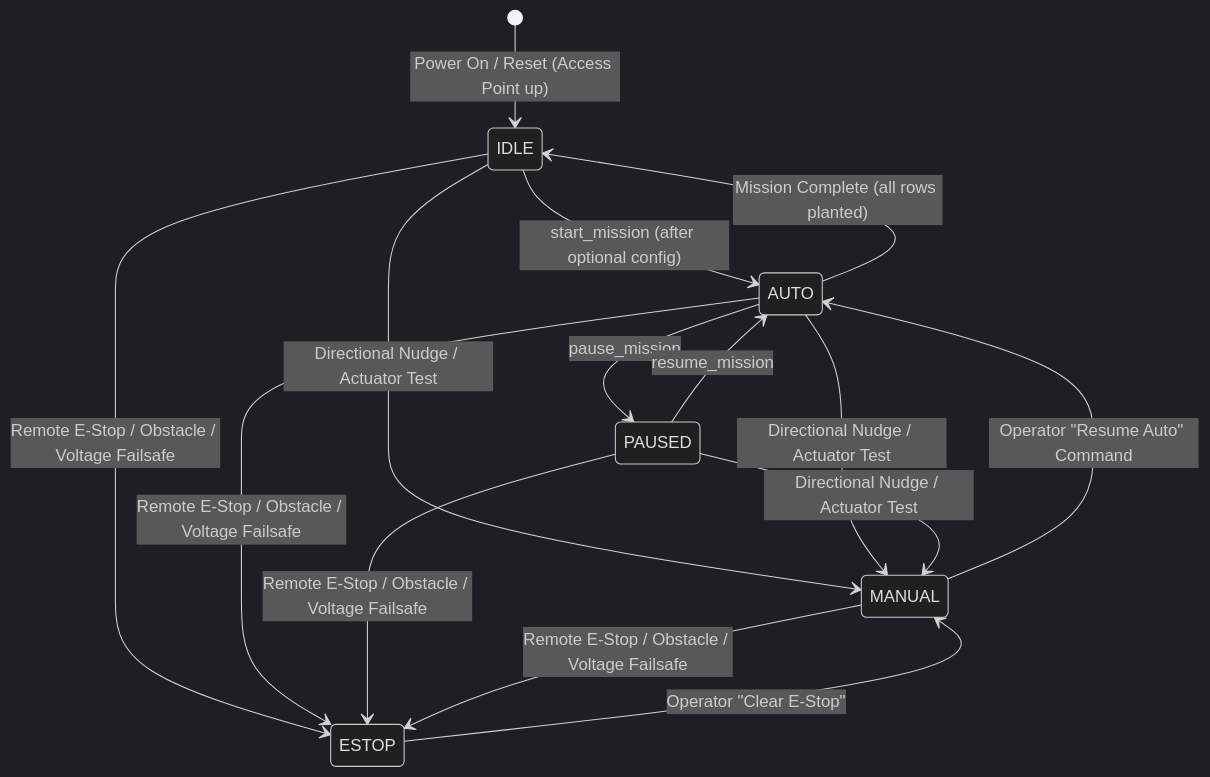
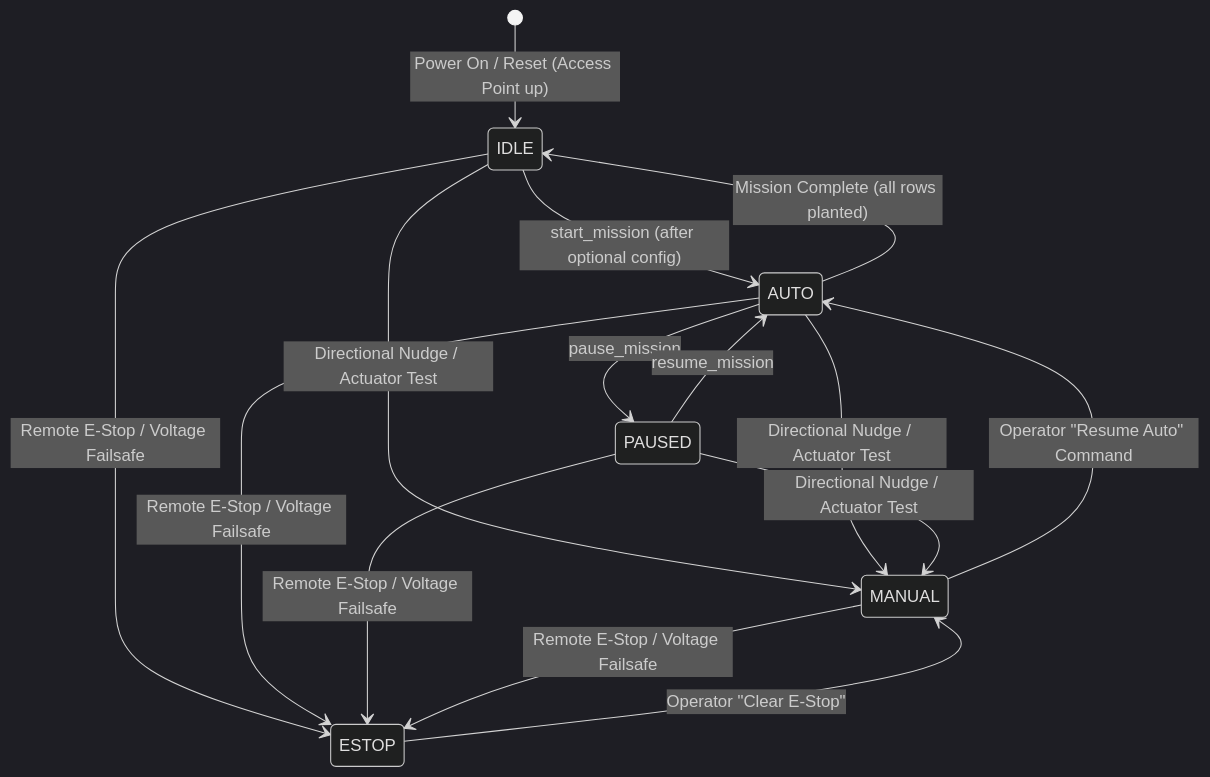
One commit to Elikplim-N/rover-mission-manager changed the second of 4 diagrams in docs/ARCHITECTURE_KNOWLEDGE_BASE.md. Above: the diagram before and after it, drawn with Mermaid (dark theme). The commit also changed other lines of this file and 3 other files, not shown here.

````diff
--- a/docs/ARCHITECTURE_KNOWLEDGE_BASE.md
+++ b/docs/ARCHITECTURE_KNOWLEDGE_BASE.md
@@ -136,19 +141,19 @@
 ```mermaid
 stateDiagram-v2
     [*] --> IDLE : Power On / Reset (Access Point up)
     IDLE --> AUTO : start_mission (after optional config)
     AUTO --> PAUSED : pause_mission
     PAUSED --> AUTO : resume_mission
     AUTO --> IDLE : Mission Complete (all rows planted)
 
     IDLE --> MANUAL : Directional Nudge / Actuator Test
     AUTO --> MANUAL : Directional Nudge / Actuator Test
     PAUSED --> MANUAL : Directional Nudge / Actuator Test
     MANUAL --> AUTO : Operator "Resume Auto" Command
 
-    IDLE --> ESTOP : Remote E-Stop / Obstacle / Voltage Failsafe
-    AUTO --> ESTOP : Remote E-Stop / Obstacle / Voltage Failsafe
-    PAUSED --> ESTOP : Remote E-Stop / Obstacle / Voltage Failsafe
-    MANUAL --> ESTOP : Remote E-Stop / Obstacle / Voltage Failsafe
+    IDLE --> ESTOP : Remote E-Stop / Voltage Failsafe
+    AUTO --> ESTOP : Remote E-Stop / Voltage Failsafe
+    PAUSED --> ESTOP : Remote E-Stop / Voltage Failsafe
+    MANUAL --> ESTOP : Remote E-Stop / Voltage Failsafe
     ESTOP --> MANUAL : Operator "Clear E-Stop"
 ```
````
